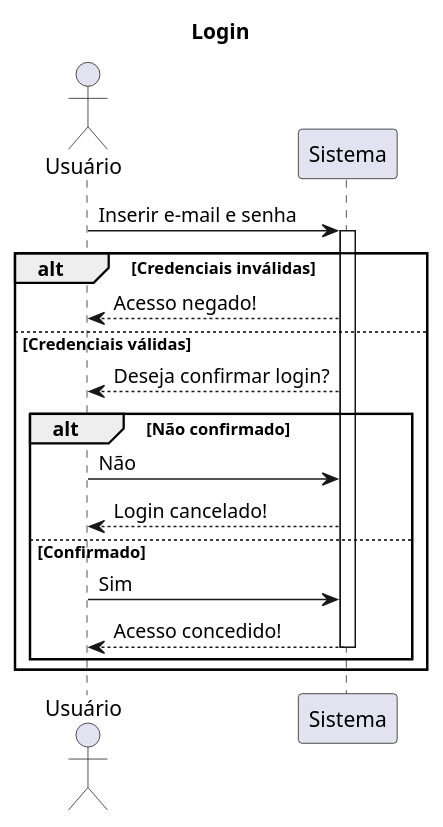
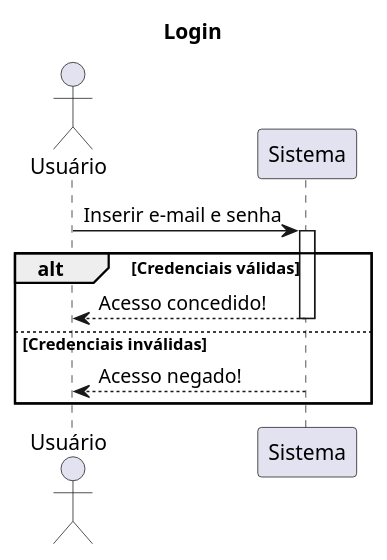
The diagram in SequenceDiagram.md (RenataArdito/Alerta-ADS), drawn with PlantUML before and after one commit.

````diff
--- a/SequenceDiagram.md
+++ b/SequenceDiagram.md
@@ -1,26 +1,20 @@
 ```plantuml
 @startuml
 title Login
 
 actor "Usuário" as usr
 participant "Sistema" as sis
 
 usr -> sis: Inserir e-mail e senha
 activate sis
 
-alt Credenciais inválidas
+alt Credenciais válidas
+    sis --> usr: Acesso concedido!
+    deactivate sis
+else Credenciais inválidas
     sis --> usr: Acesso negado!
-else Credenciais válidas
-    sis --> usr: Deseja confirmar login?
-        alt Não confirmado
-            usr -> sis: Não
-            sis --> usr: Login cancelado!
-        else Confirmado
-            usr -> sis: Sim
-            sis --> usr: Acesso concedido!
-            deactivate sis
-    end
 end
+
 
 @enduml
 ```
````
